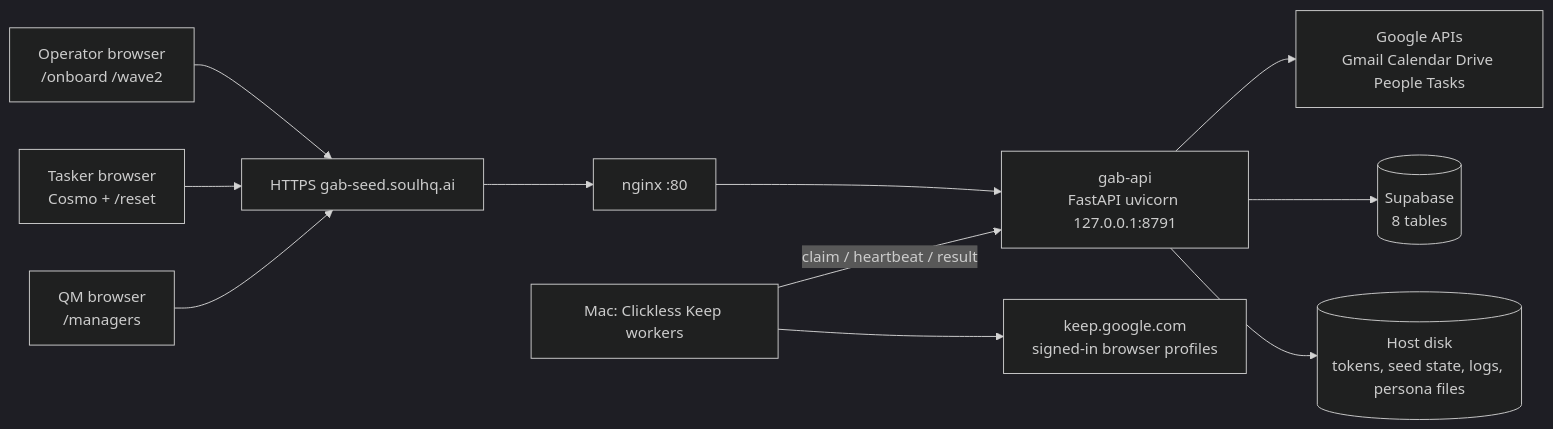
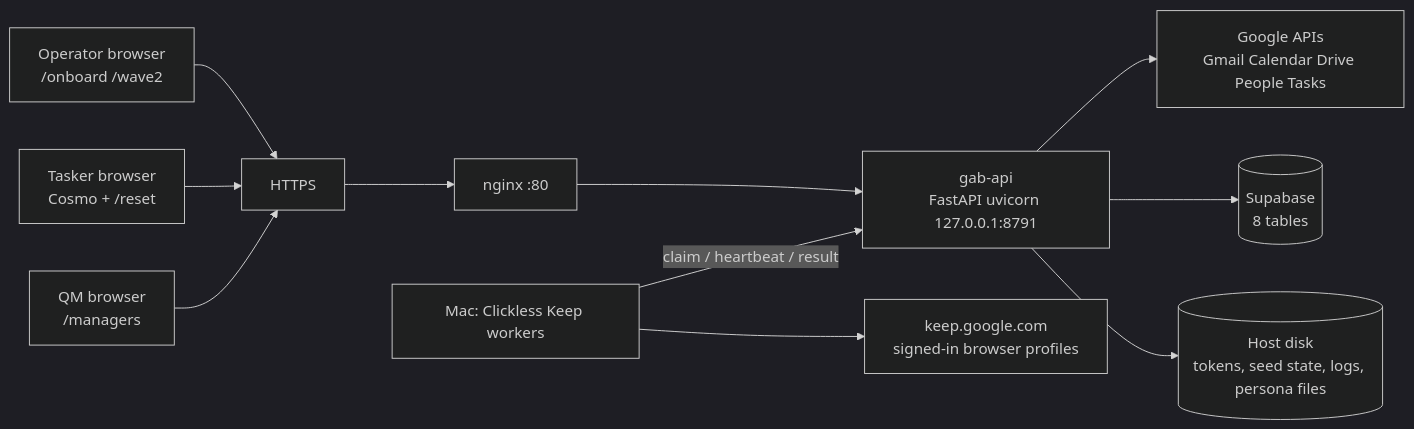
One commit to jahnavi-maker/GAB_Env_Reset_Upload changed the diagram in docs/ARCHITECTURE.md. Above: the diagram before and after it, drawn with Mermaid (dark theme). The commit also changed 2 other files, not shown here.

Commit message:
docs: use a placeholder for the live address in public docs

````diff
--- a/docs/ARCHITECTURE.md
+++ b/docs/ARCHITECTURE.md
@@ -7,12 +7,12 @@
 ```mermaid
 flowchart LR
   OP[Operator browser<br>/onboard /wave2] --> LB
   T[Tasker browser<br>Cosmo + /reset] --> LB
   QM[QM browser<br>/managers] --> LB
-  LB[HTTPS gab-seed.soulhq.ai] --> NG[nginx :80] --> API[gab-api<br>FastAPI uvicorn 127.0.0.1:8791]
+  LB[HTTPS <your-domain>] --> NG[nginx :80] --> API[gab-api<br>FastAPI uvicorn 127.0.0.1:8791]
   API --> G[Google APIs<br>Gmail Calendar Drive People Tasks]
   API --> SB[(Supabase<br>8 tables)]
   API --> DISK[(Host disk<br>tokens, seed state, logs, persona files)]
   W[Mac: Clickless Keep workers] -- claim / heartbeat / result --> API
   W --> K[keep.google.com<br>signed-in browser profiles]
 ```
````
